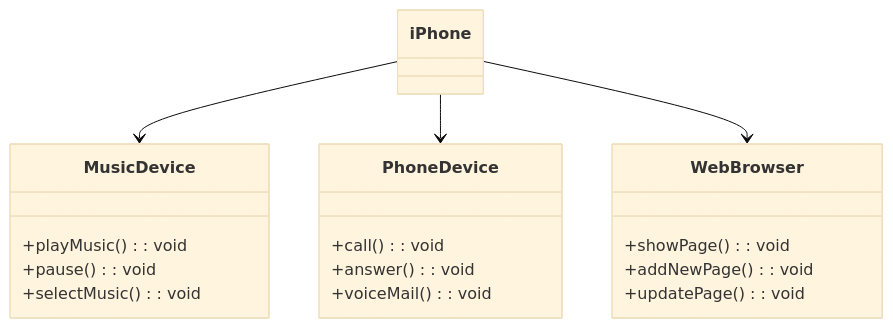
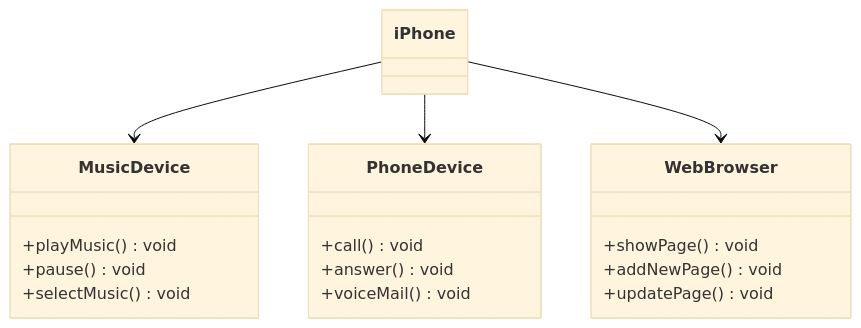
One commit to WalSousa/AllInOne-Iphone changed the diagram in README.md. Above: the diagram before and after it, drawn with Mermaid (base theme).

````diff
--- a/README.md
+++ b/README.md
@@ -5,28 +5,28 @@
 ```mermaid
 
 classDiagram
 class MusicDevice {
-+playMusic(): void
-+pause(): void
-+selectMusic(): void
++playMusic() void
++pause() void
++selectMusic() void
 }
 
     class PhoneDevice {
-        +call(): void
-        +answer(): void
-        +voiceMail(): void
+        +call() void
+        +answer() void
+        +voiceMail() void
     }
 
     class WebBrowser {
-        +showPage(): void
-        +addNewPage(): void
-        +updatePage(): void
+        +showPage() void
+        +addNewPage() void
+        +updatePage() void
     }
 
     class iPhone {
     }
 
     iPhone --> MusicDevice
     iPhone --> PhoneDevice
     iPhone --> WebBrowser
 ```
````
